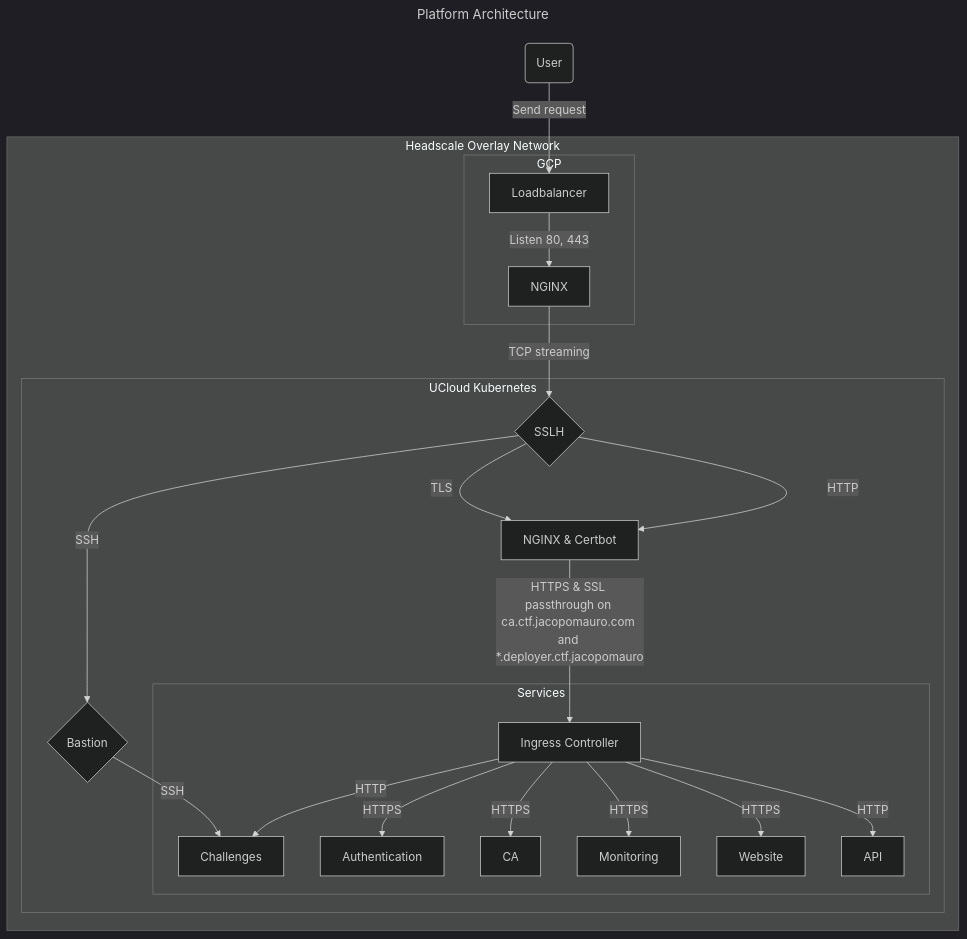
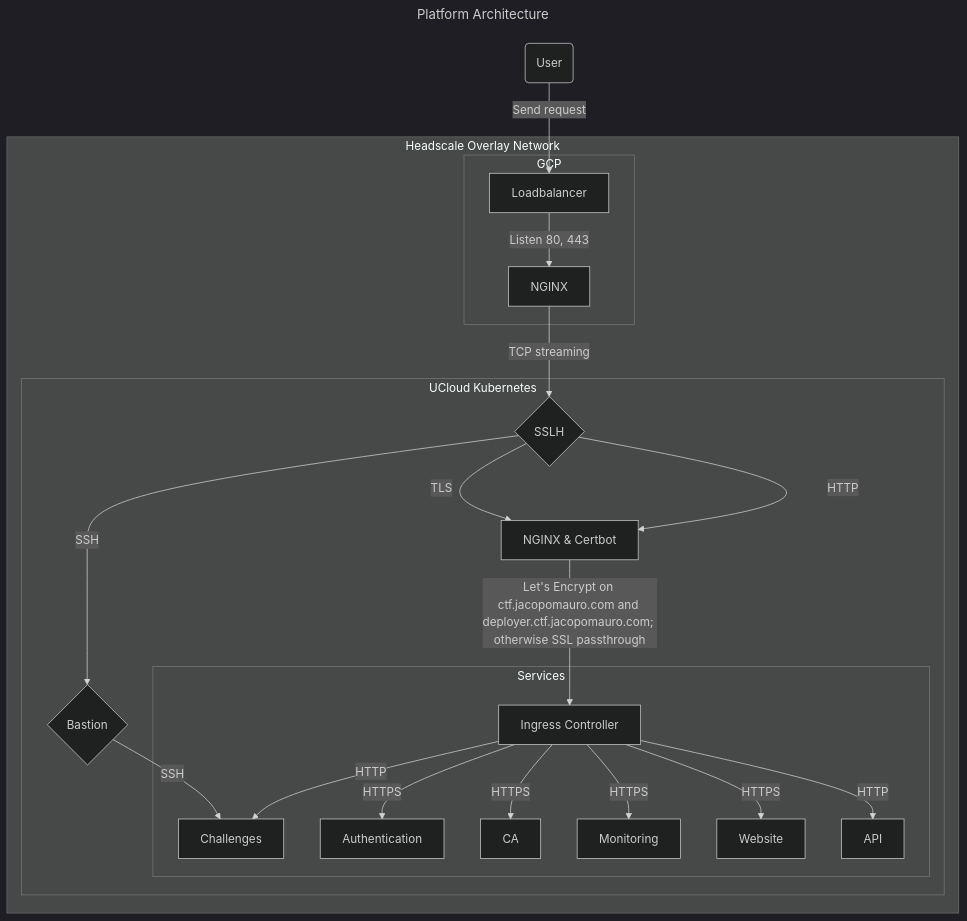
The first of 2 diagrams in README.md (mattrent/CTF-Platform), drawn with Mermaid (dark theme) before and after one commit. The commit also changed 3 other files, not shown here.

````diff
--- a/README.md
+++ b/README.md
@@ -62,28 +62,28 @@
 ```mermaid
 ---
 title: Platform Architecture
 ---
 graph TD
     A(User) -->|Send request| B[Loadbalancer]
 subgraph Headscale Overlay Network
 subgraph GCP
     B -->|Listen 80, 443| C[NGINX]
 end
 subgraph UCloud Kubernetes
     C -->|TCP streaming| J{SSLH}
     J -->|SSH| K{Bastion}
     J -->|TLS| L[NGINX & Certbot]
     J -->|HTTP| L
     K -->|SSH| E[Challenges]
-    L -->|HTTPS & SSL passthrough on ca.ctf.jacopomauro.com and *.deployer.ctf.jacopomauro| G[Ingress Controller]
+    L -->|Let's Encrypt on ctf.jacopomauro.com and deployer.ctf.jacopomauro.com; otherwise SSL passthrough| G[Ingress Controller]
 subgraph Services
     G -->|HTTPS| H[Authentication]
     G -->|HTTPS| I[CA]
     G -->|HTTP| E
     G -->|HTTPS| F[Monitoring]
     G -->|HTTPS| O[Website]
     G -->|HTTP| P[API]
 end
 end
 end
 ```
````
